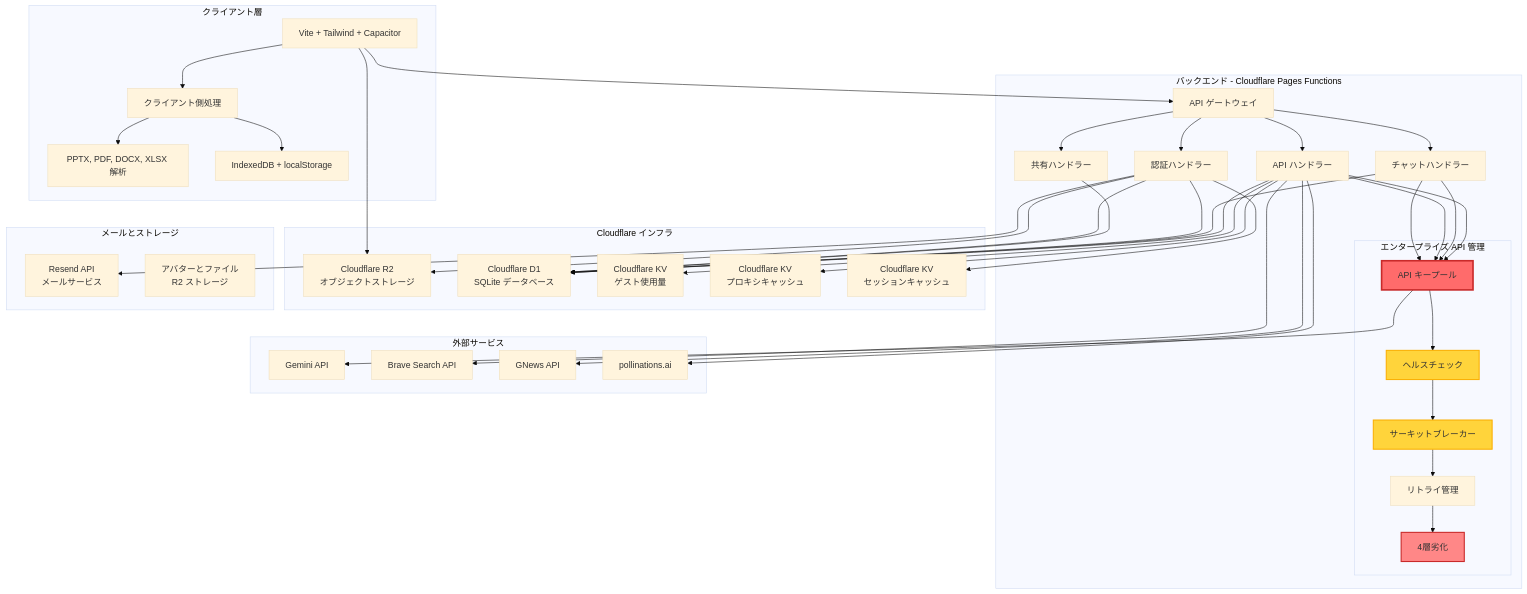
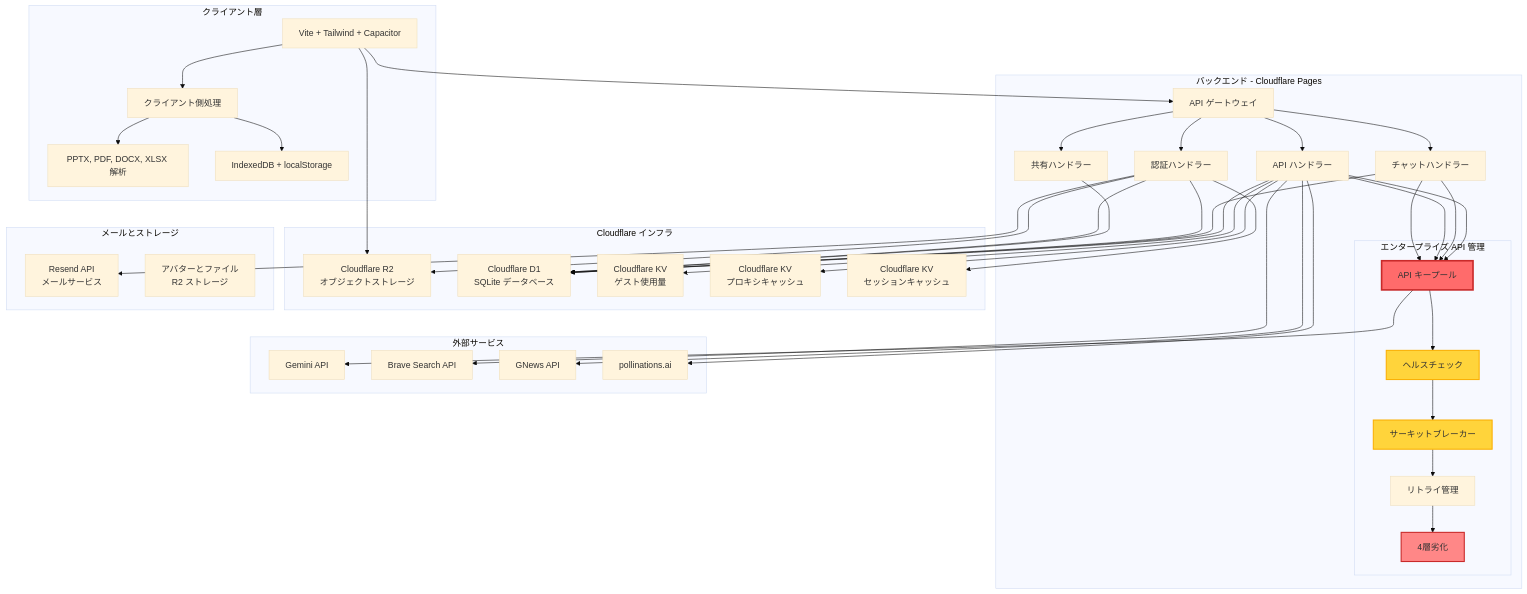
One commit to PandaSI-Labs/littleaibox changed the diagram in docs/README.ja.md. Above: the diagram before and after it, drawn with Mermaid (base theme). The commit also changed other lines of this file and 3 other files, not shown here.

```diff
--- a/docs/README.ja.md
+++ b/docs/README.ja.md
@@ -138,7 +138,7 @@
         H --> J
     end
     
-    subgraph "バックエンド - Cloudflare Pages Functions"
+    subgraph "バックエンド - Cloudflare Pages"
         B[API ゲートウェイ]
         B1[認証ハンドラー]
         B2[チャットハンドラー]
```
